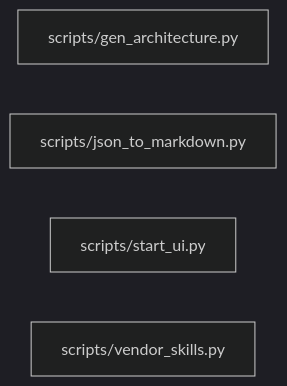
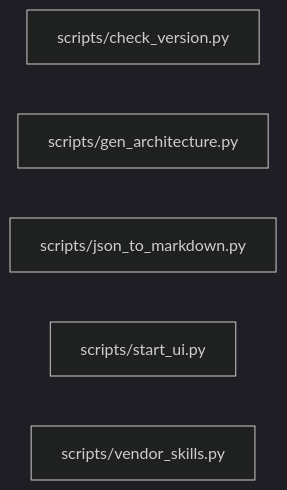
Diagram 16 of 21 in docs/ARCHITECTURE_MAP.md (sarveshtalele/maf-harness-testing), drawn with Mermaid (dark theme) before and after one commit. The commit also changed other lines of this file, not shown here.

Commit message:
docs: regenerate architecture map for check_version script

````diff
--- a/docs/ARCHITECTURE_MAP.md
+++ b/docs/ARCHITECTURE_MAP.md
@@ -397,7 +397,8 @@
 ```mermaid
 flowchart LR
-  f0["scripts/gen_architecture.py"]
-  f1["scripts/json_to_markdown.py"]
-  f2["scripts/start_ui.py"]
-  f3["scripts/vendor_skills.py"]
+  f0["scripts/check_version.py"]
+  f1["scripts/gen_architecture.py"]
+  f2["scripts/json_to_markdown.py"]
+  f3["scripts/start_ui.py"]
+  f4["scripts/vendor_skills.py"]
 ```
````
